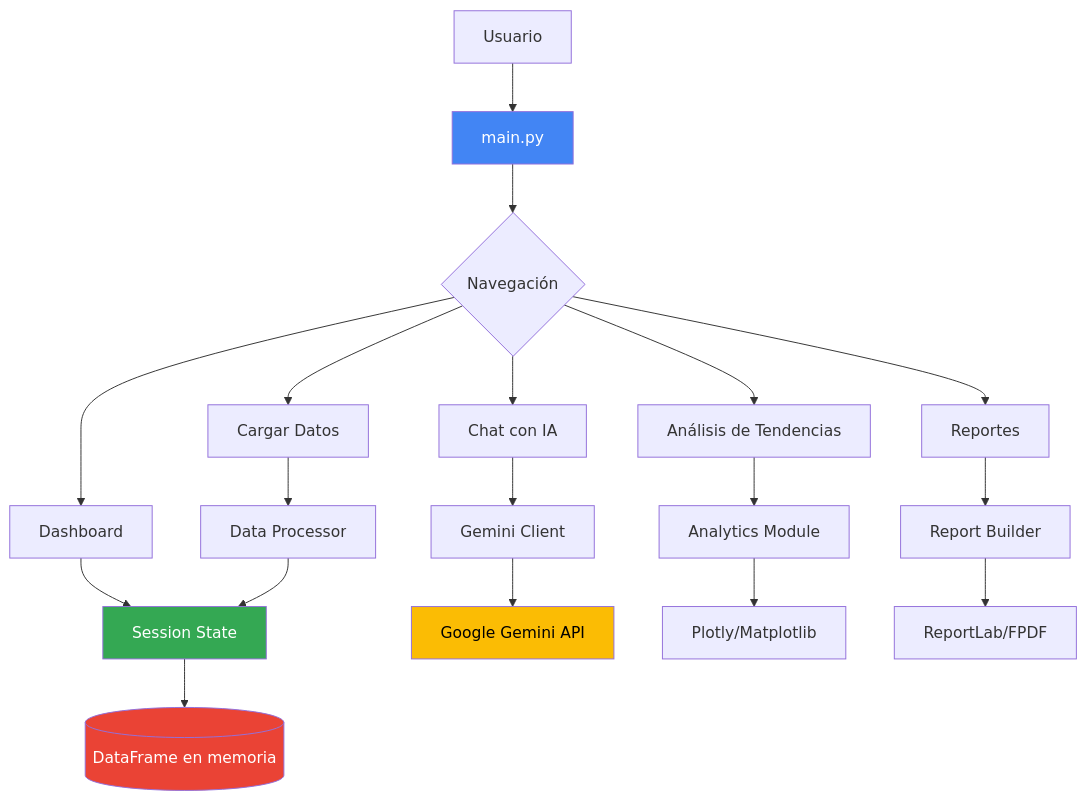
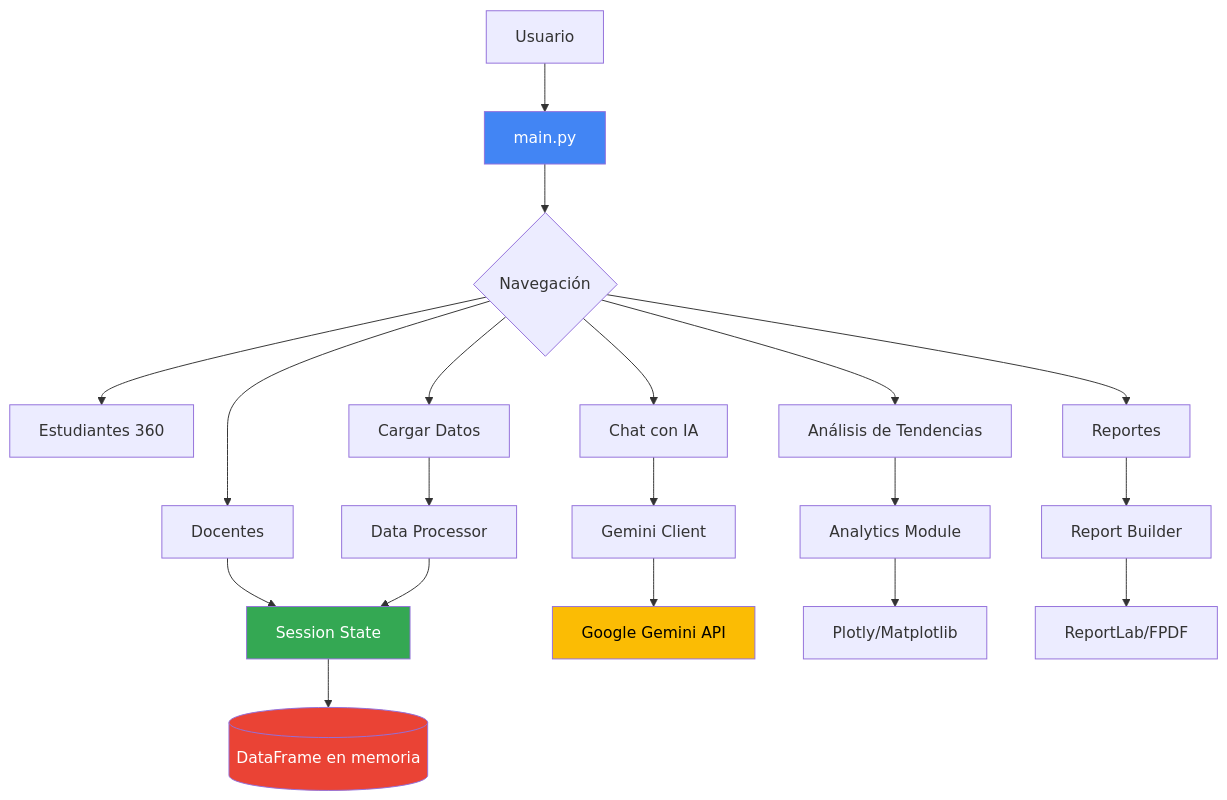
Before and after one commit to SanDamian99/SaludOrganizacional: the first of 5 diagrams in ARCHITECTURE.md, drawn with Mermaid. The commit also changed other lines of this file and 2 other files, not shown here.

Commit message:
docs: Docentes, menú por modo y reinicio tras fusionar

````diff
--- a/ARCHITECTURE.md
+++ b/ARCHITECTURE.md
@@ -72,29 +72,30 @@
 ```mermaid
 graph TB
     User[Usuario] --> Main[main.py]
     Main --> Nav{Navegación}
     
-    Nav --> Dashboard[Dashboard]
+    Nav --> Docentes[Docentes]
+    Nav --> Estudiantes[Estudiantes 360]
     Nav --> Chat[Chat con IA]
     Nav --> Upload[Cargar Datos]
     Nav --> Trends[Análisis de Tendencias]
     Nav --> Reports[Reportes]
     
-    Dashboard --> State[Session State]
+    Docentes --> State[Session State]
     Chat --> Gemini[Gemini Client]
     Upload --> Processor[Data Processor]
     Trends --> Analytics[Analytics Module]
     Reports --> ReportBuilder[Report Builder]
     
     Processor --> State
     State --> DB[(DataFrame en memoria)]
     
     Gemini --> API[Google Gemini API]
     Analytics --> Viz[Plotly/Matplotlib]
     ReportBuilder --> PDF[ReportLab/FPDF]
     
     style Main fill:#4285F4,color:#fff
     style State fill:#34A853,color:#fff
     style API fill:#FBBC04,color:#000
     style DB fill:#EA4335,color:#fff
 ```
````
